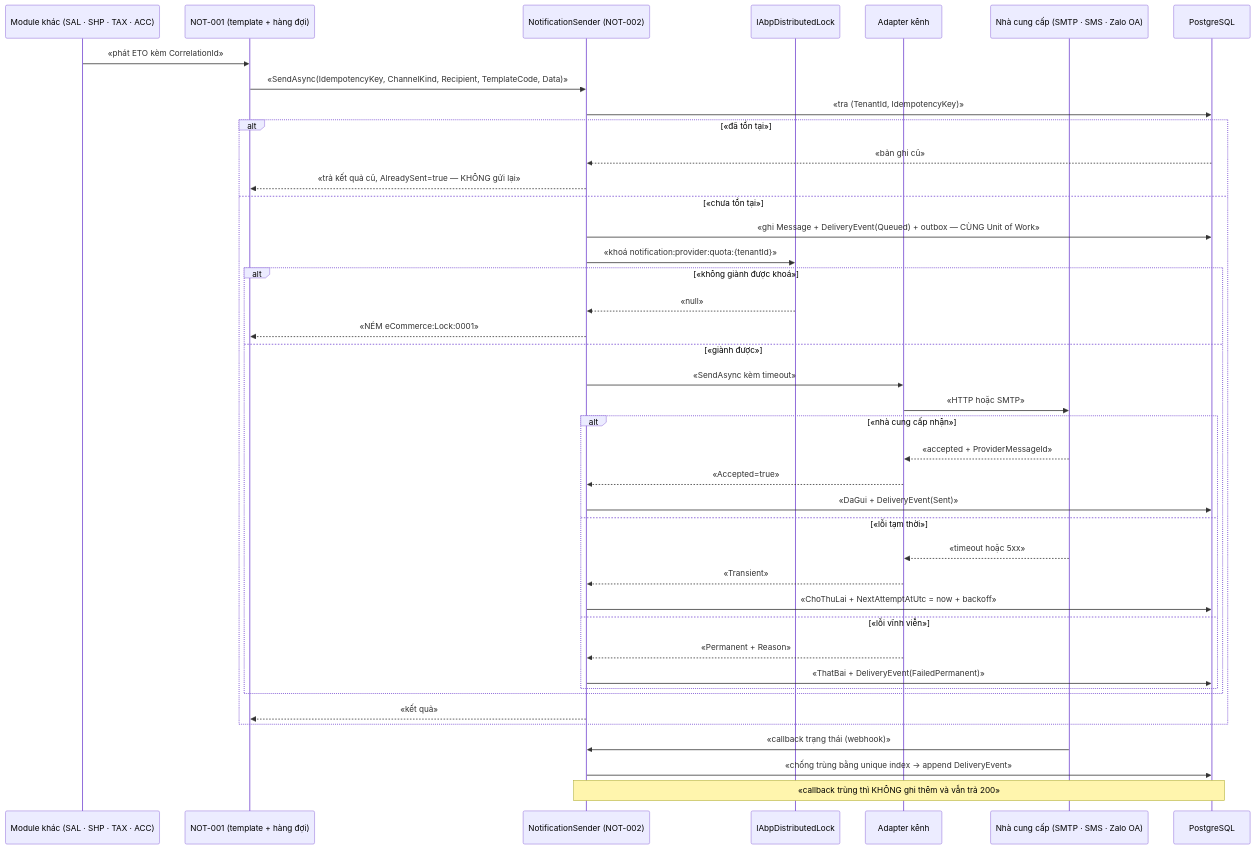
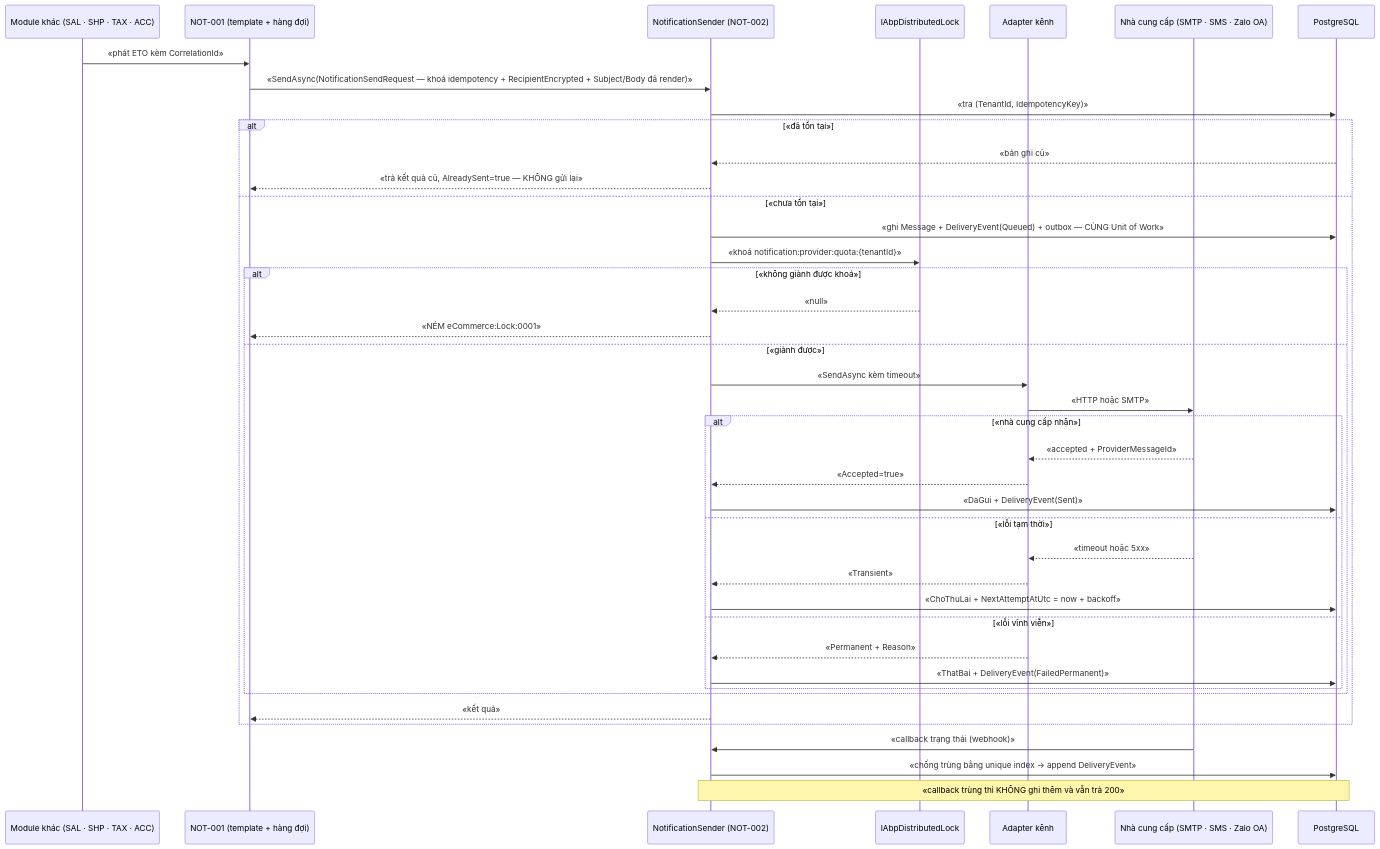
One commit to hungnt9801/eCommerce changed the third of 3 diagrams in docs/features/notifications/not-002-kenh-gui-email-sms-zalo-oa.md. Above: the diagram before and after it, drawn with Mermaid. The commit also changed other lines of this file and 3 other files, not shown here.

````diff
--- a/docs/features/notifications/not-002-kenh-gui-email-sms-zalo-oa.md
+++ b/docs/features/notifications/not-002-kenh-gui-email-sms-zalo-oa.md
@@ -230,44 +237,44 @@
 ```mermaid
 sequenceDiagram
     participant MOD as Module khác (SAL · SHP · TAX · ACC)
     participant N1 as NOT-001 (template + hàng đợi)
     participant SVC as NotificationSender (NOT-002)
     participant LOCK as IAbpDistributedLock
     participant CH as Adapter kênh
     participant P as Nhà cung cấp (SMTP · SMS · Zalo OA)
     participant DB as PostgreSQL
 
     MOD->>N1: «phát ETO kèm CorrelationId»
-    N1->>SVC: «SendAsync(IdempotencyKey, ChannelKind, Recipient, TemplateCode, Data)»
+    N1->>SVC: «SendAsync(NotificationSendRequest — khoá idempotency + RecipientEncrypted + Subject/Body đã render)»
     SVC->>DB: «tra (TenantId, IdempotencyKey)»
     alt «đã tồn tại»
         DB-->>SVC: «bản ghi cũ»
         SVC-->>N1: «trả kết quả cũ, AlreadySent=true — KHÔNG gửi lại»
     else «chưa tồn tại»
         SVC->>DB: «ghi Message + DeliveryEvent(Queued) + outbox — CÙNG Unit of Work»
         SVC->>LOCK: «khoá notification:provider:quota:{tenantId}»
         alt «không giành được khoá»
             LOCK-->>SVC: «null»
             SVC-->>N1: «NÉM eCommerce:Lock:0001»
         else «giành được»
             SVC->>CH: «SendAsync kèm timeout»
             CH->>P: «HTTP hoặc SMTP»
             alt «nhà cung cấp nhận»
                 P-->>CH: «accepted + ProviderMessageId»
                 CH-->>SVC: «Accepted=true»
                 SVC->>DB: «DaGui + DeliveryEvent(Sent)»
             else «lỗi tạm thời»
                 P-->>CH: «timeout hoặc 5xx»
                 CH-->>SVC: «Transient»
                 SVC->>DB: «ChoThuLai + NextAttemptAtUtc = now + backoff»
             else «lỗi vĩnh viễn»
                 CH-->>SVC: «Permanent + Reason»
                 SVC->>DB: «ThatBai + DeliveryEvent(FailedPermanent)»
             end
         end
         SVC-->>N1: «kết quả»
     end
     P->>SVC: «callback trạng thái (webhook)»
     SVC->>DB: «chống trùng bằng unique index → append DeliveryEvent»
     Note over SVC,DB: «callback trùng thì KHÔNG ghi thêm và vẫn trả 200»
 ```
````
